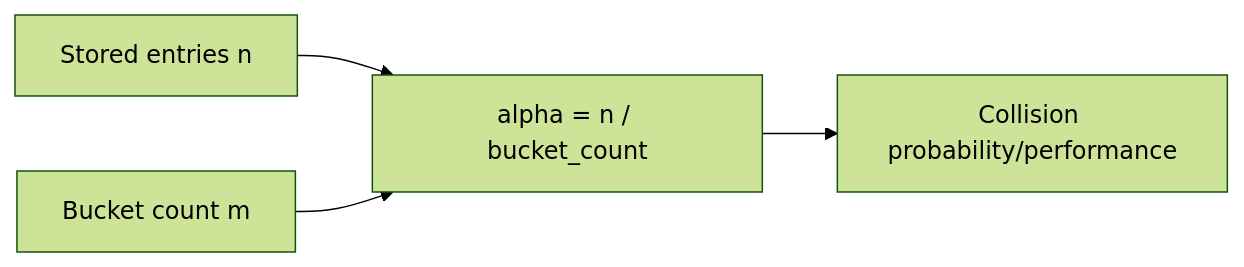
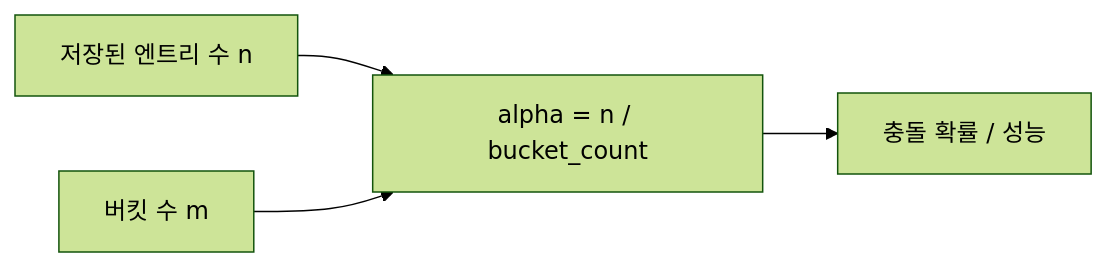
Diagram 21 of 43 in _posts/cs-note/2026-02-27-data-structure.md (mandoobox/mandoobox.github.io), drawn with Mermaid (forest theme) before and after one commit. The commit also changed other lines of this file and 18 other files, not shown here.

````diff
--- a/_posts/cs-note/2026-02-27-data-structure.md
+++ b/_posts/cs-note/2026-02-27-data-structure.md
@@ -746,6 +746,6 @@
 ```mermaid
 flowchart LR
-  N[Stored entries n] --> LF["alpha = n / bucket_count"]
-  B[Bucket count m] --> LF
-  LF --> PERF["Collision probability/performance"]
+  N[저장된 엔트리 수 n] --> LF["alpha = n / bucket_count"]
+  B[버킷 수 m] --> LF
+  LF --> PERF["충돌 확률 / 성능"]
 ```
````
